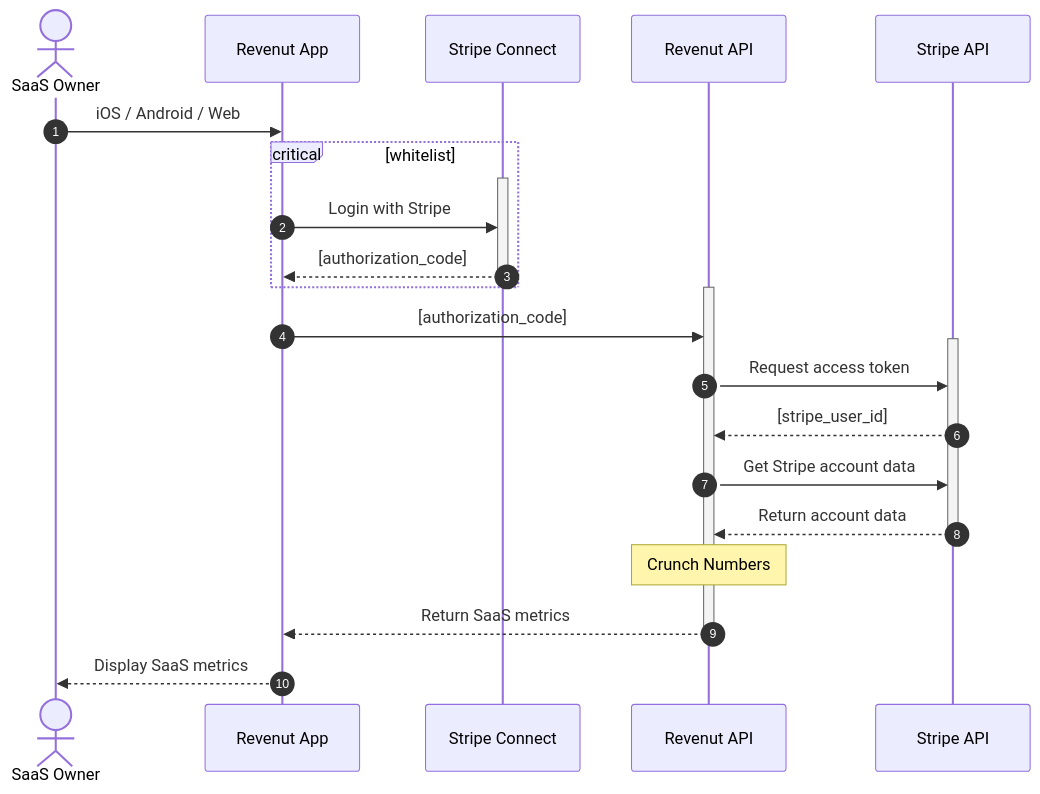
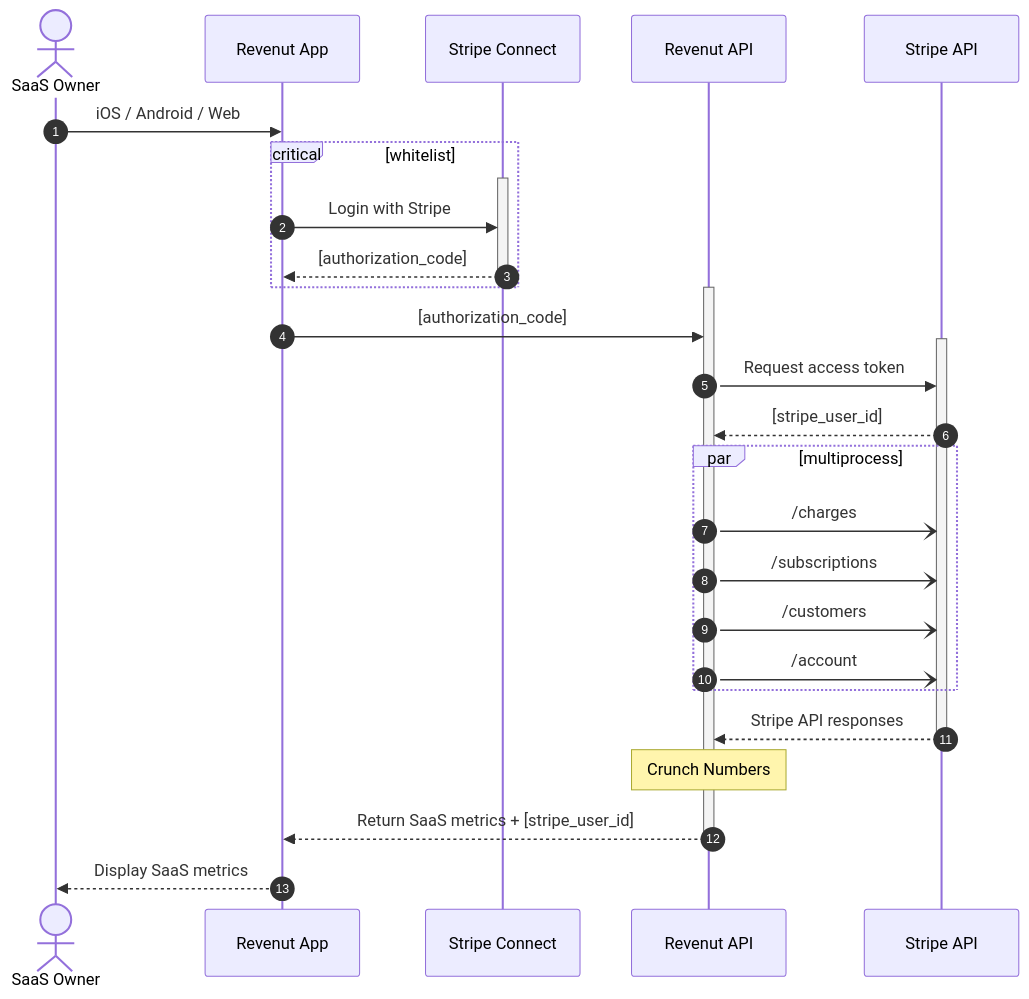
Before and after one commit to hbcondo/revenut-app: the diagram in README.md, drawn with Mermaid. The commit also changed other lines of this file, not shown here.

Commit message:
added parallel async to workflow and Storage

````diff
--- a/README.md
+++ b/README.md
@@ -57,24 +57,29 @@
 ```mermaid
 sequenceDiagram
     autonumber
     actor SaaS Owner
     SaaS Owner->>Revenut App: iOS / Android / Web
     critical whitelist
     activate Stripe Connect
     Revenut App->>Stripe Connect: Login with Stripe
     Stripe Connect-->>Revenut App: [authorization_code]
     deactivate Stripe Connect
     end
     activate Revenut API
     Revenut App->>Revenut API: [authorization_code]
     activate Stripe API
     Revenut API->>Stripe API: Request access token
     Stripe API-->>Revenut API: [stripe_user_id]
-    Revenut API->>Stripe API: Get Stripe account data
-    Stripe API-->>Revenut API: Return account data
+    par multiprocess
+      Revenut API-)Stripe API: /charges
+      Revenut API-)Stripe API: /subscriptions
+      Revenut API-)Stripe API: /customers
+      Revenut API-)Stripe API: /account
+    end
+    Stripe API-->>Revenut API: Stripe API responses
     deactivate Stripe API
     Note over Revenut API: Crunch Numbers 
-    Revenut API-->>Revenut App: Return SaaS metrics
+    Revenut API-->>Revenut App: Return SaaS metrics + [stripe_user_id]
     deactivate Revenut API
     Revenut App-->>SaaS Owner: Display SaaS metrics
 ```
````
